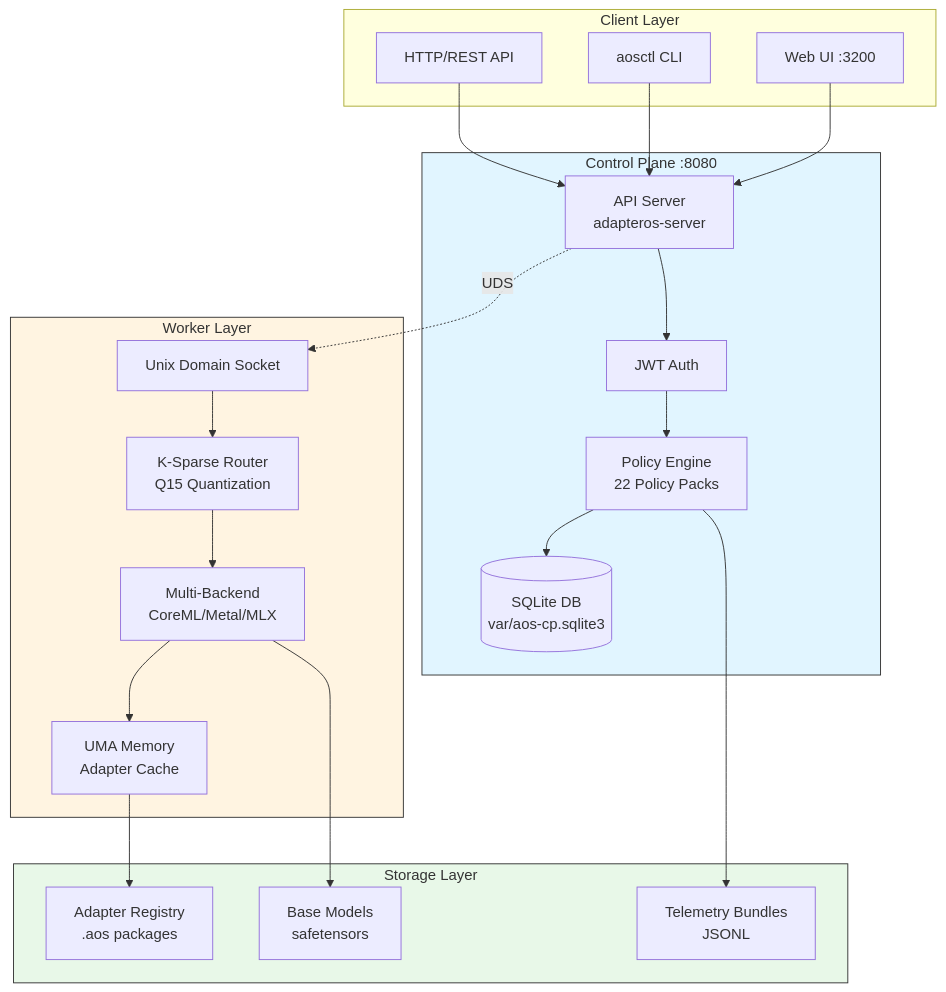
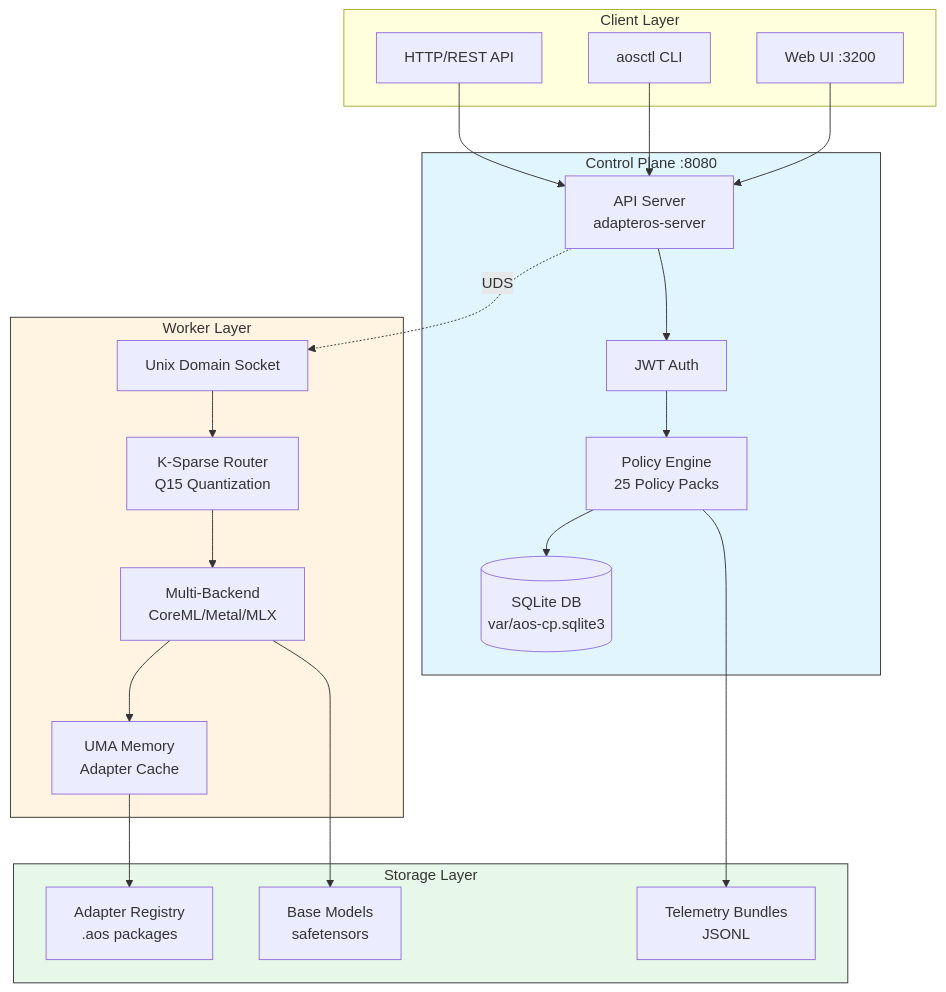
Before and after one commit to rogu3bear/adapter-os: the first of 3 diagrams in docs/DEPLOYMENT.md, drawn with Mermaid. The commit also changed other lines of this file and 908 other files, not shown here.

````diff
--- a/docs/DEPLOYMENT.md
+++ b/docs/DEPLOYMENT.md
@@ -30,49 +35,49 @@
 ```mermaid
 graph TB
     subgraph Client["Client Layer"]
         HTTP[HTTP/REST API]
         CLI[aosctl CLI]
         UI[Web UI :3200]
     end
 
     subgraph ControlPlane["Control Plane :8080"]
         API[API Server<br/>adapteros-server]
         Auth[JWT Auth]
-        Policy[Policy Engine<br/>22 Policy Packs]
+        Policy[Policy Engine<br/>25 Policy Packs]
         DB[(SQLite DB<br/>var/aos-cp.sqlite3)]
     end
 
     subgraph Worker["Worker Layer"]
         UDS[Unix Domain Socket]
         Router[K-Sparse Router<br/>Q15 Quantization]
         Backend[Multi-Backend<br/>CoreML/Metal/MLX]
         Memory[UMA Memory<br/>Adapter Cache]
     end
 
     subgraph Storage["Storage Layer"]
         Adapters[Adapter Registry<br/>.aos packages]
         Models[Base Models<br/>safetensors]
         Telemetry[Telemetry Bundles<br/>JSONL]
     end
 
     HTTP --> API
     CLI --> API
     UI --> API
 
     API --> Auth
     Auth --> Policy
     Policy --> DB
 
     API -.UDS.-> UDS
     UDS --> Router
     Router --> Backend
     Backend --> Memory
 
     Memory --> Adapters
     Backend --> Models
     Policy --> Telemetry
 
     style ControlPlane fill:#e1f5ff,stroke:#333
     style Worker fill:#fff4e1,stroke:#333
     style Storage fill:#e8f8e8,stroke:#333
 ```
````
